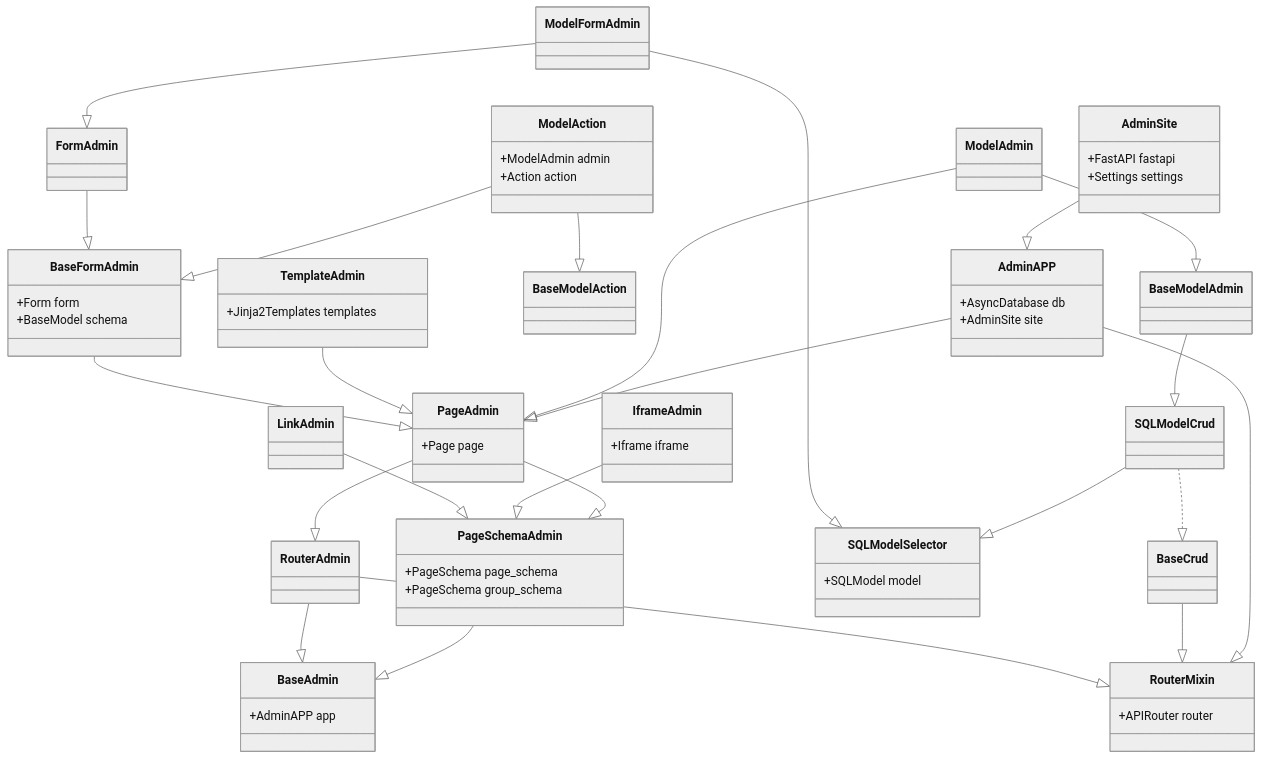
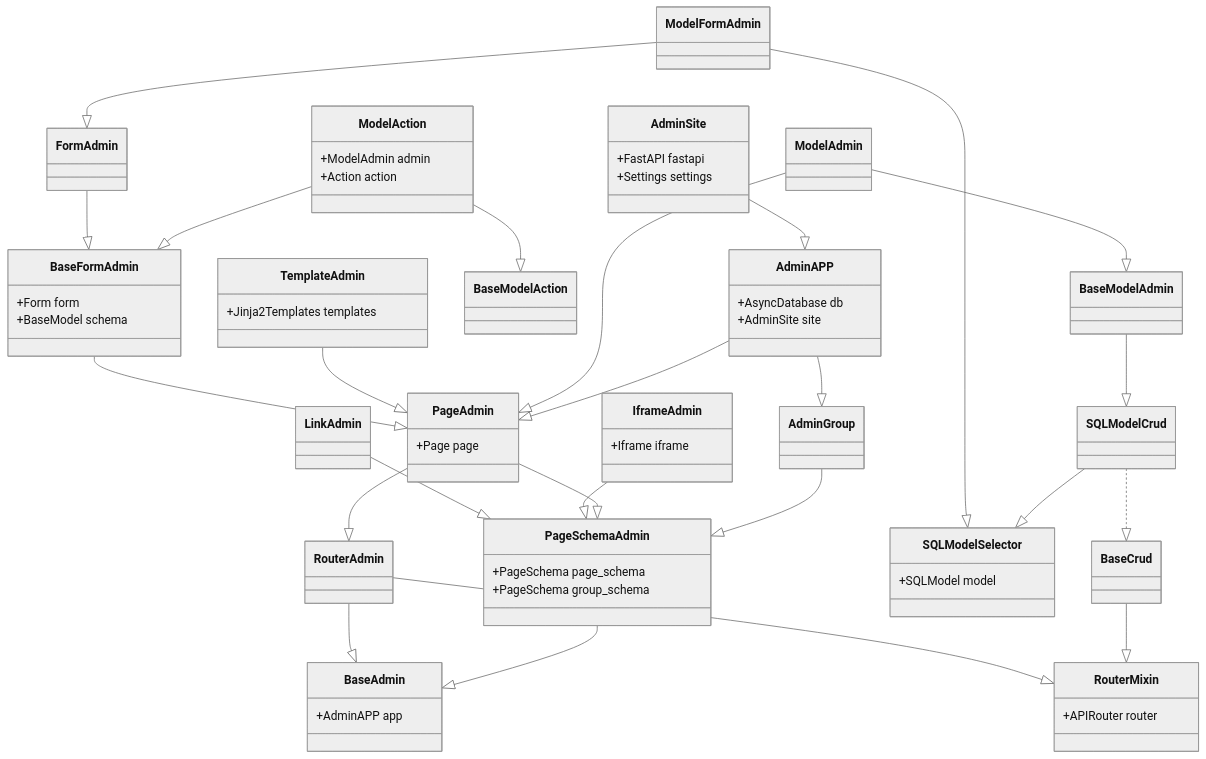
Before and after one commit to amisadmin/fastapi-amis-admin: the first of 2 diagrams in docs/zh/docs/amis_admin/BaseAdmin.md, drawn with Mermaid (neutral theme). The commit also changed other lines of this file and 8 other files, not shown here.

````diff
--- a/docs/zh/docs/amis_admin/BaseAdmin.md
+++ b/docs/zh/docs/amis_admin/BaseAdmin.md
@@ -15,58 +30,61 @@
 ``` mermaid
 classDiagram
 	%% admin
     class RouterMixin
     RouterMixin: +APIRouter router
     RouterAdmin --|> RouterMixin
     class BaseAdmin
     BaseAdmin: +AdminAPP app
     RouterAdmin --|> BaseAdmin
     PageSchemaAdmin --|> BaseAdmin
     PageSchemaAdmin: +PageSchema page_schema
     PageSchemaAdmin: +PageSchema group_schema
     
     LinkAdmin --|> PageSchemaAdmin
     IframeAdmin --|> PageSchemaAdmin
     IframeAdmin: +Iframe iframe
     
     PageAdmin --|> PageSchemaAdmin
     PageAdmin --|> RouterAdmin
     PageAdmin: +Page page
     
     BaseFormAdmin --|> PageAdmin
     BaseFormAdmin: +Form form
     BaseFormAdmin: +BaseModel schema
     
     FormAdmin --|> BaseFormAdmin
     
     TemplateAdmin --|> PageAdmin
     TemplateAdmin: +Jinja2Templates templates
     
     %% model
     ModelFormAdmin --|> FormAdmin
     ModelFormAdmin --|> SQLModelSelector
     ModelAction --|> BaseFormAdmin
     ModelAction --|> BaseModelAction
     ModelAction: +ModelAdmin admin
     ModelAction: +Action action
     
     class SQLModelSelector
     SQLModelSelector: +SQLModel model
     BaseCrud --|> RouterMixin
     SQLModelCrud ..|> BaseCrud
     SQLModelCrud --|> SQLModelSelector
     
     BaseModelAdmin --|> SQLModelCrud
     ModelAdmin --|> BaseModelAdmin
 	ModelAdmin --|> PageAdmin
-	%% app
-    AdminAPP --|> RouterMixin
+	
+	%% group,app,site
+	AdminGroup --|> PageSchemaAdmin
+	
+    AdminAPP --|> AdminGroup
     AdminAPP --|> PageAdmin
     AdminAPP: +AsyncDatabase db
     AdminAPP: +AdminSite site
     
     AdminSite --|> AdminAPP
     AdminSite: +FastAPI fastapi
     AdminSite: +Settings settings
     
 ```
````
